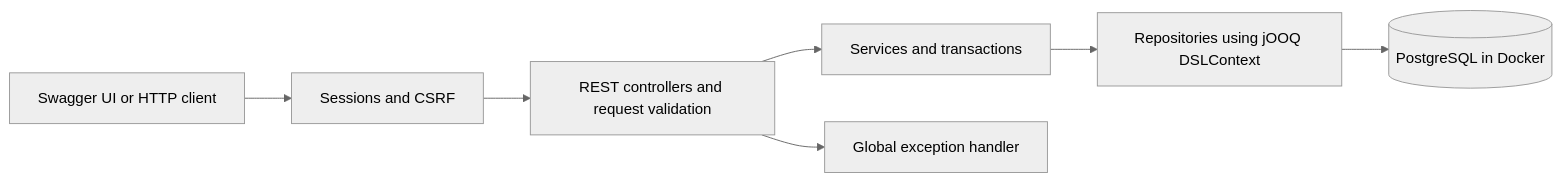
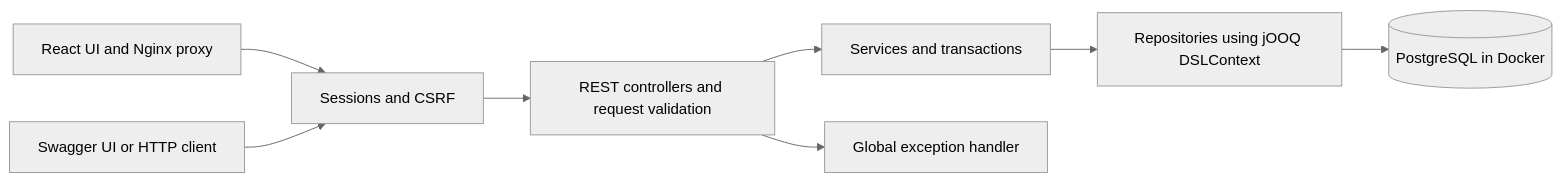
The diagram in docs/architecture.md (Tomescu-Andrei/marketplace-multi-category), drawn with Mermaid (neutral theme) before and after one commit. The commit also changed other lines of this file and 42 other files, not shown here.

````diff
--- a/docs/architecture.md
+++ b/docs/architecture.md
@@ -10,9 +15,10 @@
 ```mermaid
 flowchart LR
-    Client[Swagger UI or HTTP client] --> Security[Sessions and CSRF]
+    React[React UI and Nginx proxy] --> Security[Sessions and CSRF]
+    Client[Swagger UI or HTTP client] --> Security
     Security --> Controller[REST controllers and request validation]
     Controller --> Service[Services and transactions]
     Service --> Repository[Repositories using jOOQ DSLContext]
     Repository --> DB[(PostgreSQL in Docker)]
     Controller --> Advice[Global exception handler]
 ```
````
